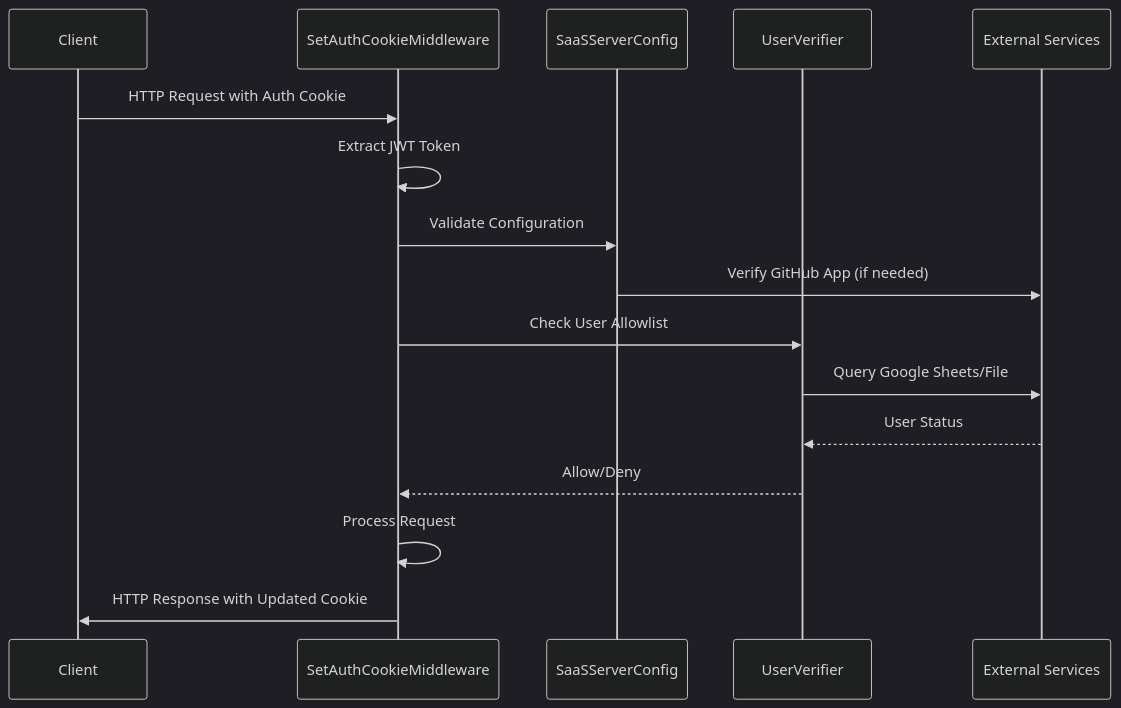
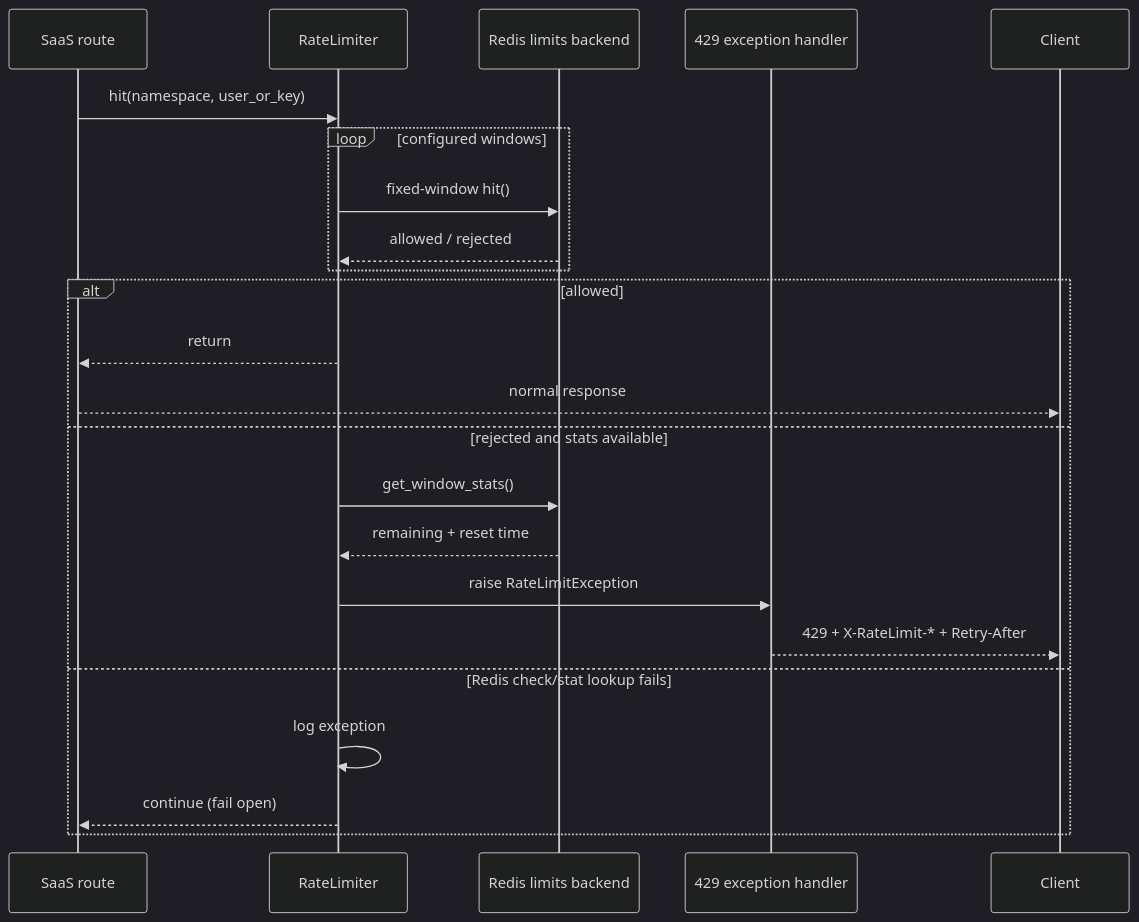
The third of 9 diagrams in docs/All-Hands-AI--OpenHands-docs/enterprise_server.md (FSoft-AI4Code/codewiki-demo), drawn with Mermaid (dark theme) before and after one commit. The commit also changed other lines of this file and 1767 other files, not shown here.

````diff
--- a/docs/All-Hands-AI--OpenHands-docs/enterprise_server.md
+++ b/docs/All-Hands-AI--OpenHands-docs/enterprise_server.md
@@ -177,19 +129,26 @@
 ```mermaid
 sequenceDiagram
+    participant Route as SaaS route
+    participant Limiter as RateLimiter
+    participant Redis as Redis limits backend
+    participant Handler as 429 exception handler
     participant Client
-    participant Middleware as SetAuthCookieMiddleware
-    participant Config as SaaSServerConfig
-    participant Verifier as UserVerifier
-    participant External as External Services
-    
-    Client->>Middleware: HTTP Request with Auth Cookie
-    Middleware->>Middleware: Extract JWT Token
-    Middleware->>Config: Validate Configuration
-    Config->>External: Verify GitHub App (if needed)
-    Middleware->>Verifier: Check User Allowlist
-    Verifier->>External: Query Google Sheets/File
-    External-->>Verifier: User Status
-    Verifier-->>Middleware: Allow/Deny
-    Middleware->>Middleware: Process Request
-    Middleware->>Client: HTTP Response with Updated Cookie
+
+    Route->>Limiter: hit(namespace, user_or_key)
+    loop configured windows
+        Limiter->>Redis: fixed-window hit()
+        Redis-->>Limiter: allowed / rejected
+    end
+    alt allowed
+        Limiter-->>Route: return
+        Route-->>Client: normal response
+    else rejected and stats available
+        Limiter->>Redis: get_window_stats()
+        Redis-->>Limiter: remaining + reset time
+        Limiter->>Handler: raise RateLimitException
+        Handler-->>Client: 429 + X-RateLimit-* + Retry-After
+    else Redis check/stat lookup fails
+        Limiter->>Limiter: log exception
+        Limiter-->>Route: continue (fail open)
+    end
 ```
````
